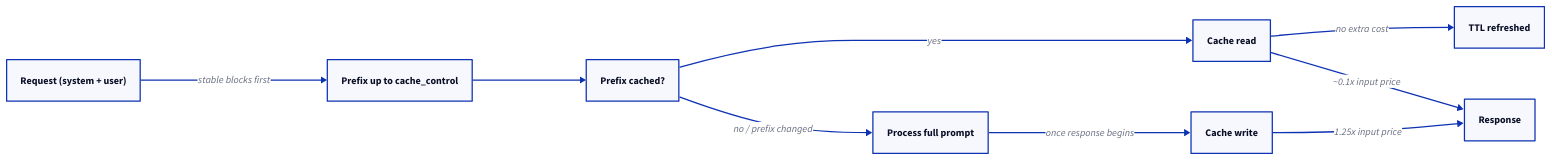
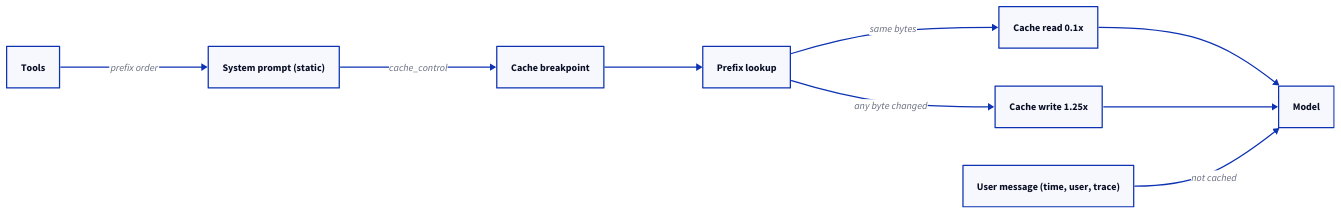
The diagram in blog/public/posts/prompt-engineering-2-system-prompts/diagram.d2 (kobyal/ai-news-briefing), drawn with D2 before and after one commit. The commit also changed 336 other files, not shown here.

```diff
--- a/blog/public/posts/prompt-engineering-2-system-prompts/diagram.d2
+++ b/blog/public/posts/prompt-engineering-2-system-prompts/diagram.d2
@@ -1,17 +1,17 @@
 direction: right
-request: "Request (system + user)"
-prefix: "Prefix up to cache_control"
-check: "Prefix cached?"
-hit: "Cache read"
-miss: "Process full prompt"
-write: "Cache write"
-refresh: "TTL refreshed"
-response: "Response"
-request -> prefix: "stable blocks first"
-prefix -> check
-check -> hit: "yes"
-check -> miss: "no / prefix changed"
-miss -> write: "once response begins"
-hit -> refresh: "no extra cost"
-hit -> response: "~0.1x input price"
-write -> response: "1.25x input price"
+tools: Tools
+system: System prompt (static)
+bp: Cache breakpoint
+msgs: User message (time, user, trace)
+check: Prefix lookup
+hit: Cache read 0.1x
+miss: Cache write 1.25x
+model: Model
+tools -> system: prefix order
+system -> bp: cache_control
+bp -> check
+check -> hit: same bytes
+check -> miss: any byte changed
+hit -> model
+miss -> model
+msgs -> model: not cached
```
